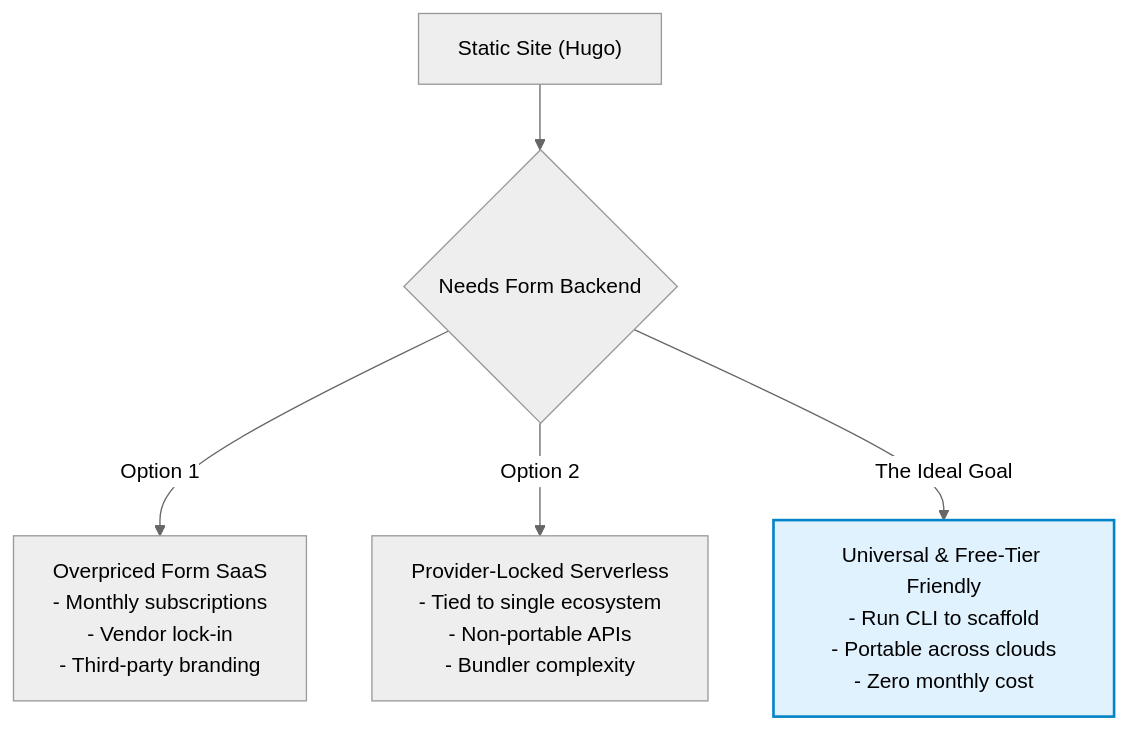
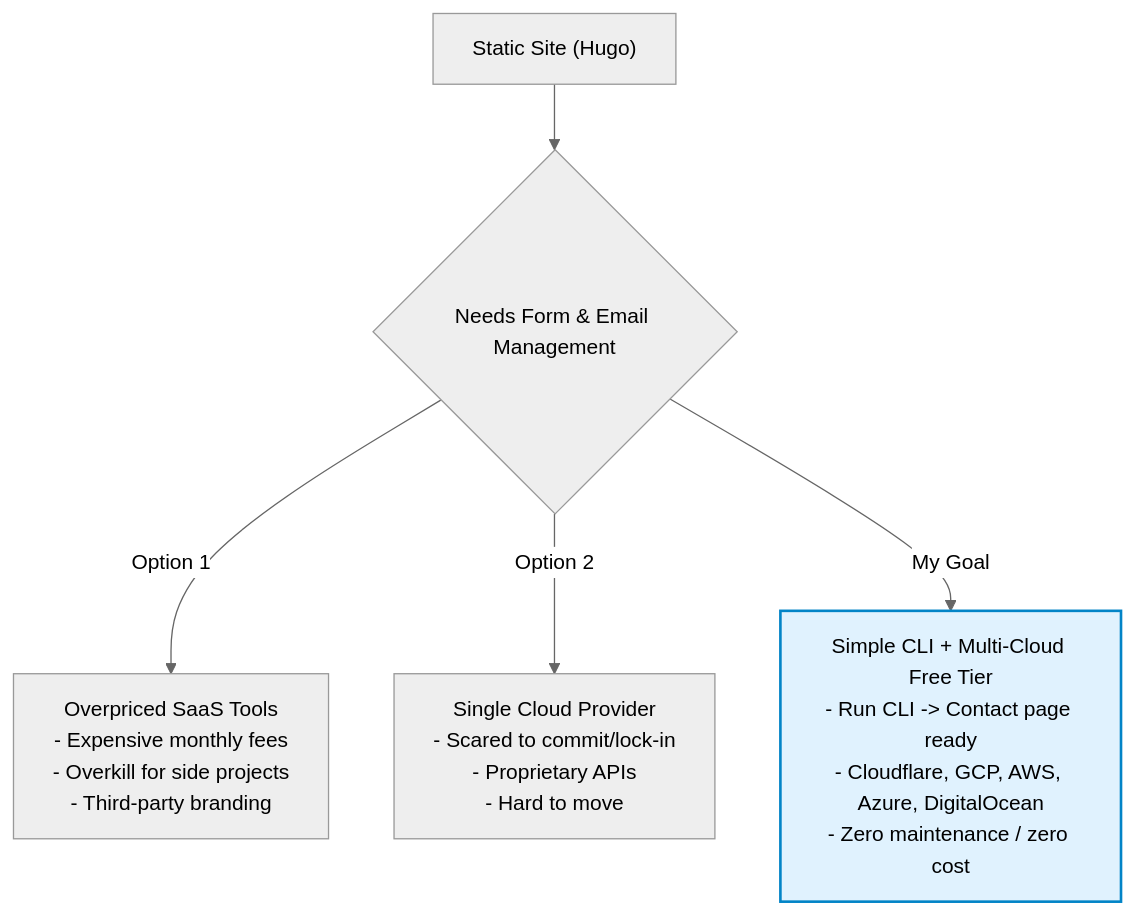
Before and after one commit to xNok/emma: the first of 3 diagrams in website/content/blog/multi-cloud-static-forms-with-nitro-and-unjs.md, drawn with Mermaid (neutral theme). The commit also changed other lines of this file, not shown here.

````diff
--- a/website/content/blog/multi-cloud-static-forms-with-nitro-and-unjs.md
+++ b/website/content/blog/multi-cloud-static-forms-with-nitro-and-unjs.md
@@ -27,10 +14,10 @@
 ```mermaid
 flowchart TD
-    A["Static Site (Hugo)"] --> B{"Needs Form Backend"}
-    B -->|"Option 1"| C["Overpriced Form SaaS\n- Monthly subscriptions\n- Vendor lock-in\n- Third-party branding"]
-    B -->|"Option 2"| D["Provider-Locked Serverless\n- Tied to single ecosystem\n- Non-portable APIs\n- Bundler complexity"]
-    B -->|"The Ideal Goal"| E["Universal & Free-Tier Friendly\n- Run CLI to scaffold\n- Portable across clouds\n- Zero monthly cost"]
+    A["Static Site (Hugo)"] --> B{"Needs Form & Email Management"}
+    B -->|"Option 1"| C["Overpriced SaaS Tools\n- Expensive monthly fees\n- Overkill for side projects\n- Third-party branding"]
+    B -->|"Option 2"| D["Single Cloud Provider\n- Scared to commit/lock-in\n- Proprietary APIs\n- Hard to move"]
+    B -->|"My Goal"| E["Simple CLI + Multi-Cloud Free Tier\n- Run CLI -> Contact page ready\n- Cloudflare, GCP, AWS, Azure, DigitalOcean\n- Zero maintenance / zero cost"]
 
     classDef ideal fill:#e0f2fe,stroke:#0284c7,stroke-width:2px;
     class E ideal;
 ```
````
